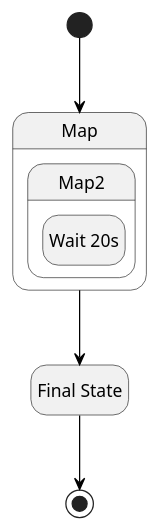
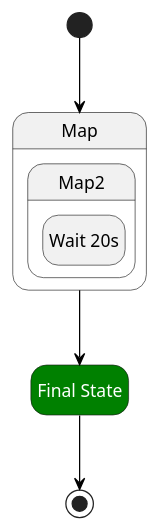
One commit to massfords/asl-puml changed the diagram in src/__tests__/pumls/nested_maps.puml. Above: the diagram before and after it, drawn with PlantUML. The commit also changed 15 other files, not shown here.

```diff
--- a/src/__tests__/pumls/nested_maps.puml
+++ b/src/__tests__/pumls/nested_maps.puml
@@ -2,14 +2,21 @@
 @startuml
 hide empty description
 skinparam LineBackgroundColor #black
 skinparam ArrowColor #black
-state "Map" as state1 {
-state "Map2" as state3 {
-state "Wait 20s" as state4
+skinparam state {
+    BackgroundColor<<aslFail>> #red
+    FontColor<<aslFail>> #white
+
+    BackgroundColor<<aslSucceed>> #green
+    FontColor<<aslSucceed>> #white
+}
+state "Map" as state1<<aslMap>> {
+state "Map2" as state3<<aslMap>> {
+state "Wait 20s" as state4<<aslWait>>
 }
 }
-state "Final State" as state2
+state "Final State" as state2<<aslSucceed>>
 [*] --> state1
 state1 --> state2
 state2 --> [*]
 @enduml
```
